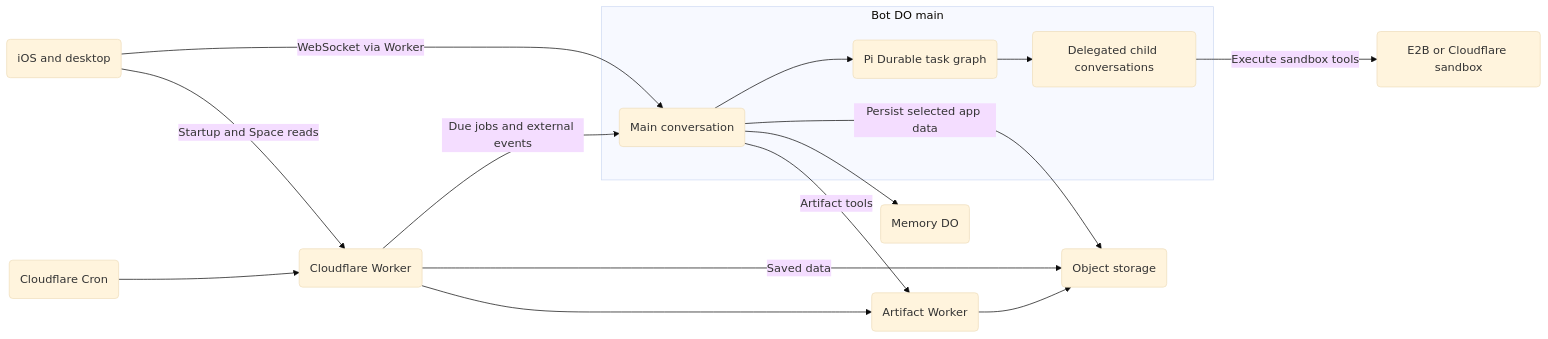
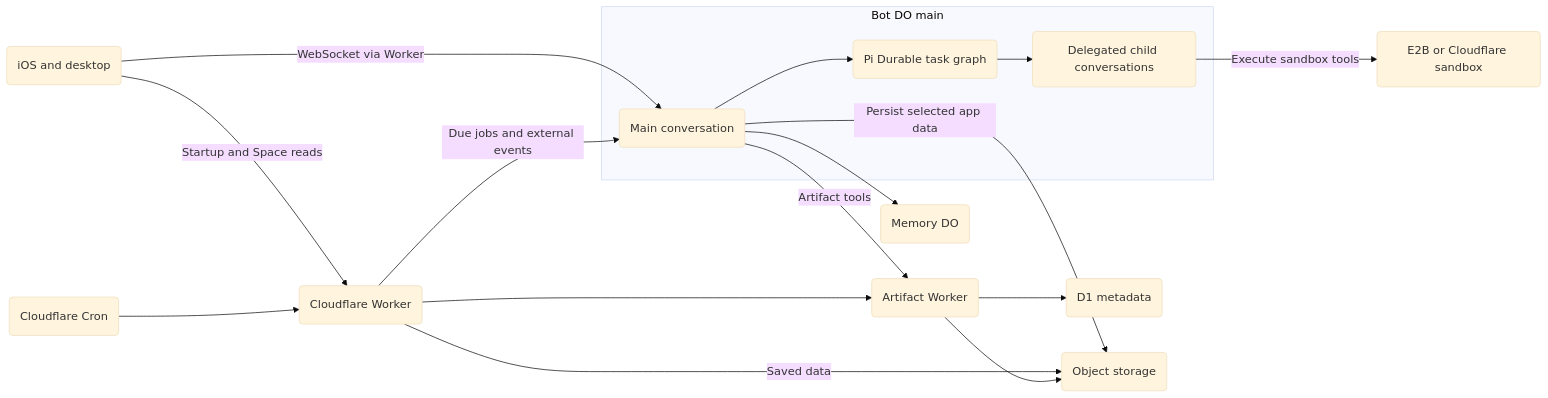
One commit to iamludamn/lulu changed the diagram in docs/ARCHITECTURE.md. Above: the diagram before and after it, drawn with Mermaid (base theme). The commit also changed other lines of this file and 10 other files, not shown here.

Commit message:
Move Artifact metadata to Cloudflare D1

````diff
--- a/docs/ARCHITECTURE.md
+++ b/docs/ARCHITECTURE.md
@@ -29,28 +29,30 @@
 ```mermaid
 flowchart LR
     Native(iOS and desktop)
     Worker(Cloudflare Worker)
     Cron(Cloudflare Cron)
     Artifact(Artifact Worker)
+    ArtifactDB(D1 metadata)
     Bucket(Object storage)
     subgraph Bot[Bot DO main]
         Main(Main conversation)
         Runs(Pi Durable task graph)
         Child(Delegated child conversations)
         Main --> Runs --> Child
     end
     Sandbox(E2B or Cloudflare sandbox)
     Memory(Memory DO)
 
     Native -->|Startup and Space reads| Worker
     Native -->|WebSocket via Worker| Main
     Cron --> Worker
     Worker -->|Due jobs and external events| Main
     Worker -->|Saved data| Bucket
     Worker --> Artifact
     Main -->|Persist selected app data| Bucket
     Main -->|Artifact tools| Artifact
     Artifact --> Bucket
+    Artifact --> ArtifactDB
     Child -->|Execute sandbox tools| Sandbox
     Main --> Memory
 ```
````
